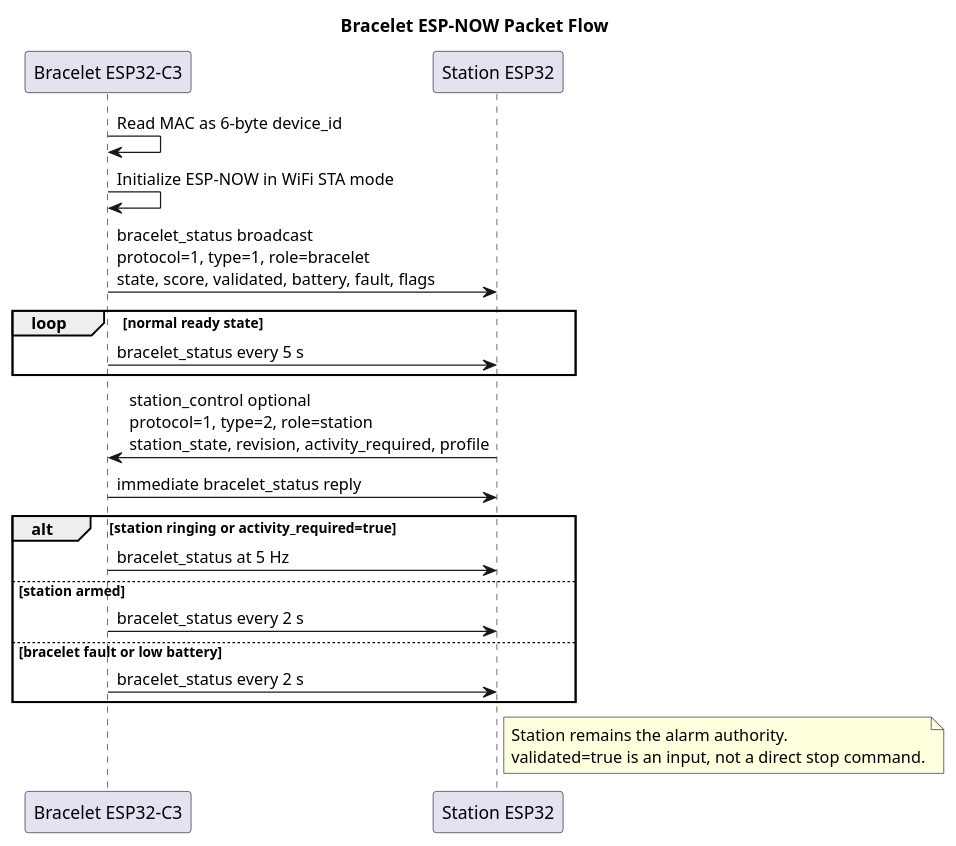
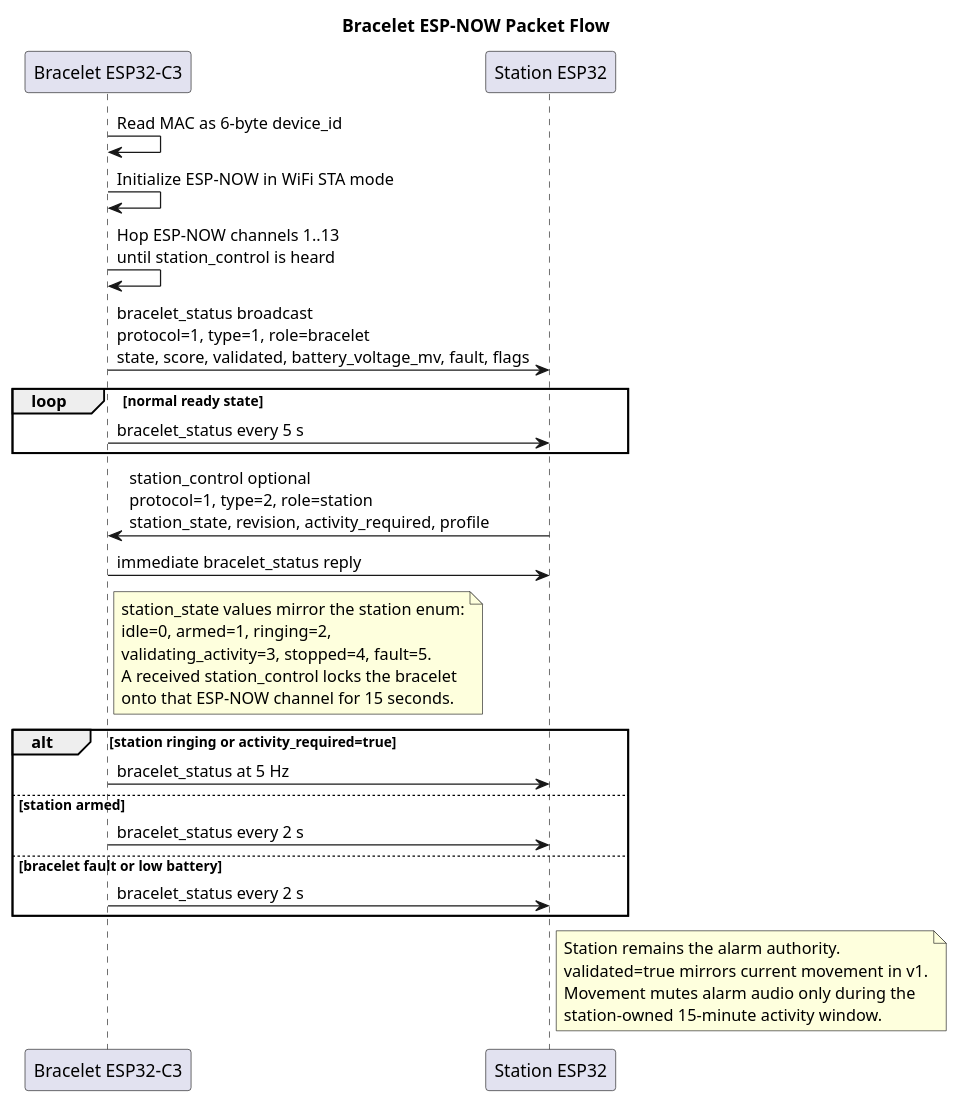
Before and after one commit to Jzn-wbr/Starter: the diagram in code/bracelet/UML/esp_now_packet_flow.puml, drawn with PlantUML. The commit also changed 16 other files, not shown here.

Commit message:
Update alarm status and activity window behavior

```diff
--- a/code/bracelet/UML/esp_now_packet_flow.puml
+++ b/code/bracelet/UML/esp_now_packet_flow.puml
@@ -1,31 +1,41 @@
 @startuml
 title Bracelet ESP-NOW Packet Flow
 
 participant "Bracelet ESP32-C3" as Bracelet
 participant "Station ESP32" as Station
 
 Bracelet -> Bracelet : Read MAC as 6-byte device_id
 Bracelet -> Bracelet : Initialize ESP-NOW in WiFi STA mode
-Bracelet -> Station : bracelet_status broadcast\nprotocol=1, type=1, role=bracelet\nstate, score, validated, battery, fault, flags
+Bracelet -> Bracelet : Hop ESP-NOW channels 1..13\nuntil station_control is heard
+Bracelet -> Station : bracelet_status broadcast\nprotocol=1, type=1, role=bracelet\nstate, score, validated, battery_voltage_mv, fault, flags
 
 loop normal ready state
   Bracelet -> Station : bracelet_status every 5 s
 end
 
 Station -> Bracelet : station_control optional\nprotocol=1, type=2, role=station\nstation_state, revision, activity_required, profile
 Bracelet -> Station : immediate bracelet_status reply
+note right of Bracelet
+  station_state values mirror the station enum:
+  idle=0, armed=1, ringing=2,
+  validating_activity=3, stopped=4, fault=5.
+  A received station_control locks the bracelet
+  onto that ESP-NOW channel for 15 seconds.
+end note
 
 alt station ringing or activity_required=true
   Bracelet -> Station : bracelet_status at 5 Hz
 else station armed
   Bracelet -> Station : bracelet_status every 2 s
 else bracelet fault or low battery
   Bracelet -> Station : bracelet_status every 2 s
 end
 
 note right of Station
 Station remains the alarm authority.
-validated=true is an input, not a direct stop command.
+validated=true mirrors current movement in v1.
+Movement mutes alarm audio only during the
+station-owned 15-minute activity window.
 end note
 
 @enduml
```
